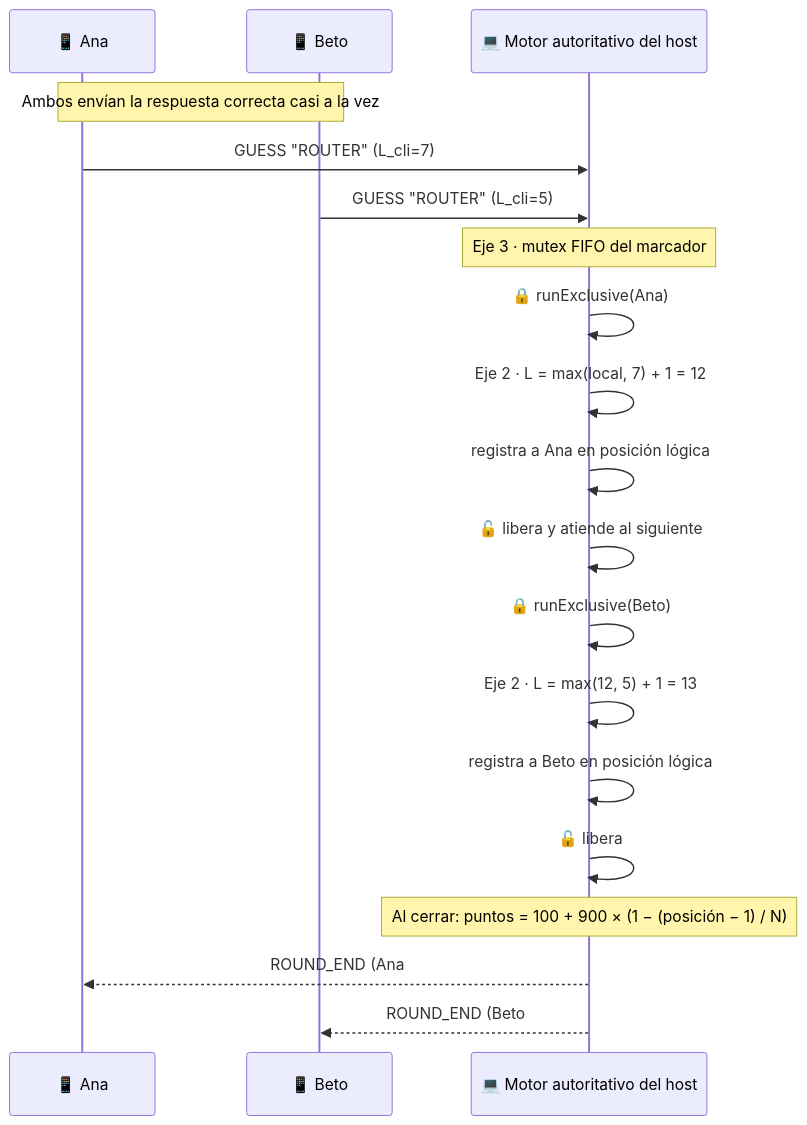
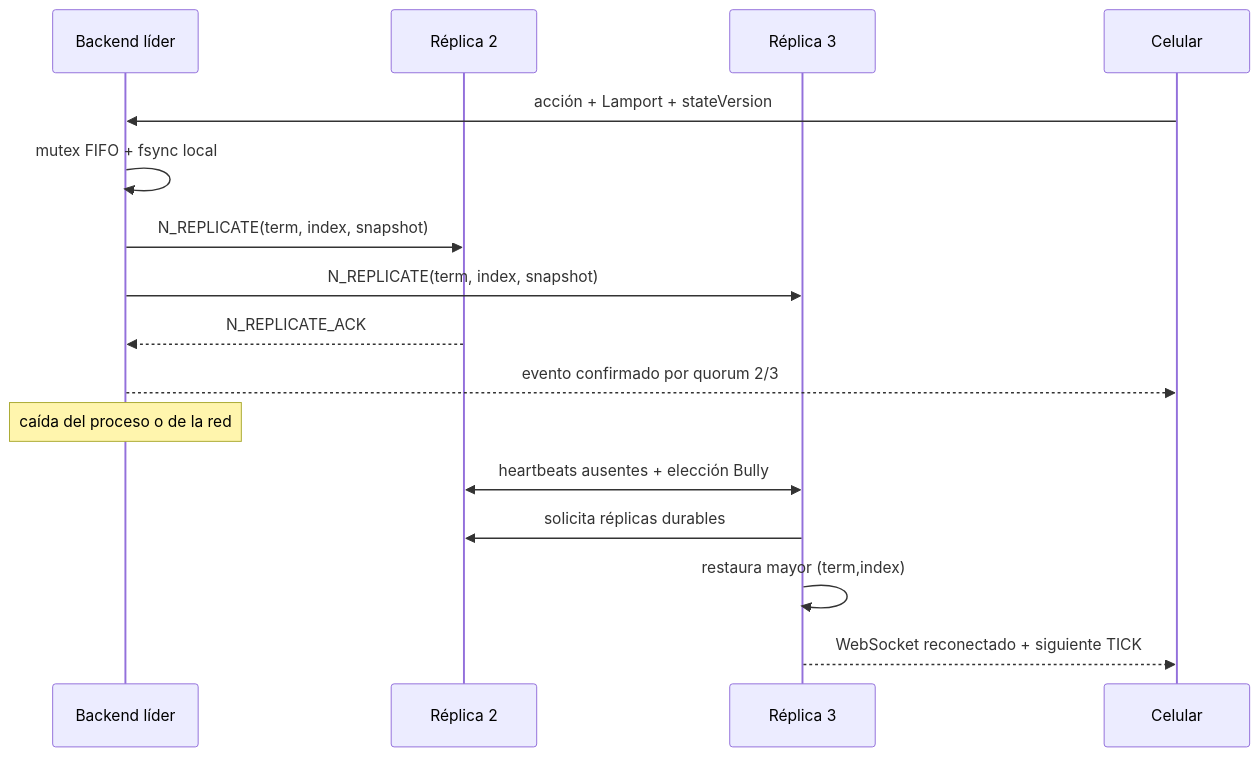
The second of 2 diagrams in README.md (acampanaa/silunet), drawn with Mermaid before and after one commit. The commit also changed other lines of this file and 24 other files, not shown here.

````diff
--- a/README.md
+++ b/README.md
@@ -184,25 +228,19 @@
 ```mermaid
 sequenceDiagram
-    participant A as 📱 Ana
-    participant B as 📱 Beto
-    participant H as 💻 Motor autoritativo del host
+    participant L as Backend líder
+    participant R2 as Réplica 2
+    participant R3 as Réplica 3
+    participant C as Celular
 
-    Note over A,B: Ambos envían la respuesta correcta casi a la vez
-    A->>H: GUESS "ROUTER" (L_cli=7)
-    B->>H: GUESS "ROUTER" (L_cli=5)
-
-    Note over H: Eje 3 · mutex FIFO del marcador
-    H->>H: 🔒 runExclusive(Ana)
-    H->>H: Eje 2 · L = max(local, 7) + 1 = 12
-    H->>H: registra a Ana en posición lógica #1
-    H->>H: 🔓 libera y atiende al siguiente
-
-    H->>H: 🔒 runExclusive(Beto)
-    H->>H: Eje 2 · L = max(12, 5) + 1 = 13
-    H->>H: registra a Beto en posición lógica #2
-    H->>H: 🔓 libera
-
-    Note over H: Al cerrar: puntos = 100 + 900 × (1 − (posición − 1) / N)
-    H-->>A: ROUND_END (Ana #1 → 1000 pts, L=12)
-    H-->>B: ROUND_END (Beto #2 → 550 pts, L=13)
+    C->>L: acción + Lamport + stateVersion
+    L->>L: mutex FIFO + fsync local
+    L->>R2: N_REPLICATE(term, index, snapshot)
+    L->>R3: N_REPLICATE(term, index, snapshot)
+    R2-->>L: N_REPLICATE_ACK
+    L-->>C: evento confirmado por quorum 2/3
+    Note over L: caída del proceso o de la red
+    R2<<->>R3: heartbeats ausentes + elección Bully
+    R3->>R2: solicita réplicas durables
+    R3->>R3: restaura mayor (term,index)
+    R3-->>C: WebSocket reconectado + siguiente TICK
 ```
````
